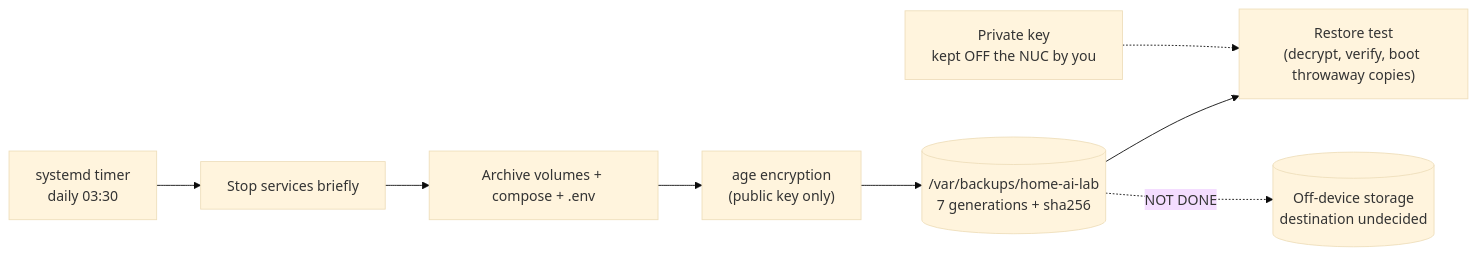
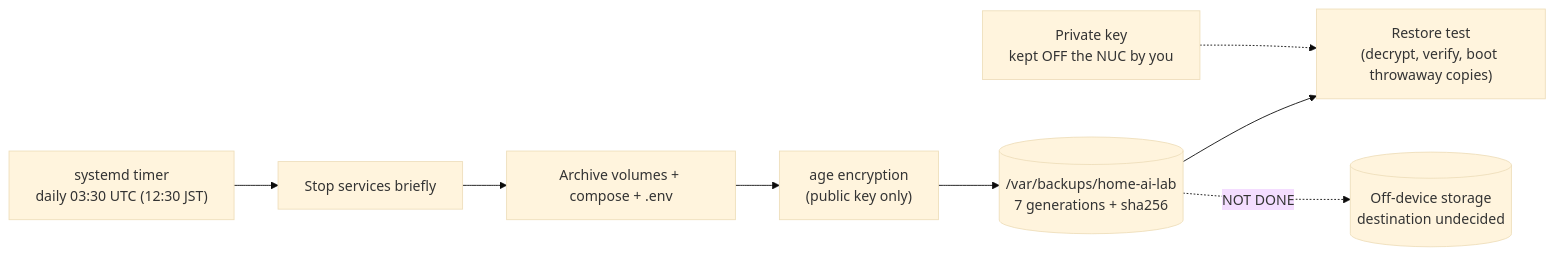
One commit to moruku36/home-ai-engineering-lab changed the fifth of 5 diagrams in docs/architecture.md. Above: the diagram before and after it, drawn with Mermaid (base theme). The commit also changed other lines of this file and 32 other files, not shown here.

````diff
--- a/docs/architecture.md
+++ b/docs/architecture.md
@@ -144,10 +143,10 @@
 ```mermaid
 flowchart LR
-  T["systemd timer<br/>daily 03:30"] --> S["Stop services briefly"]
+  T["systemd timer<br/>daily 03:30 UTC (12:30 JST)"] --> S["Stop services briefly"]
   S --> A["Archive volumes + compose + .env"]
   A --> E["age encryption<br/>(public key only)"]
   E --> L[("/var/backups/home-ai-lab<br/>7 generations + sha256")]
   L --> R["Restore test<br/>(decrypt, verify, boot throwaway copies)"]
   K["Private key<br/>kept OFF the NUC by you"] -.-> R
   L -.->|"NOT DONE"| O[("Off-device storage<br/>destination undecided")]
 ```
````
